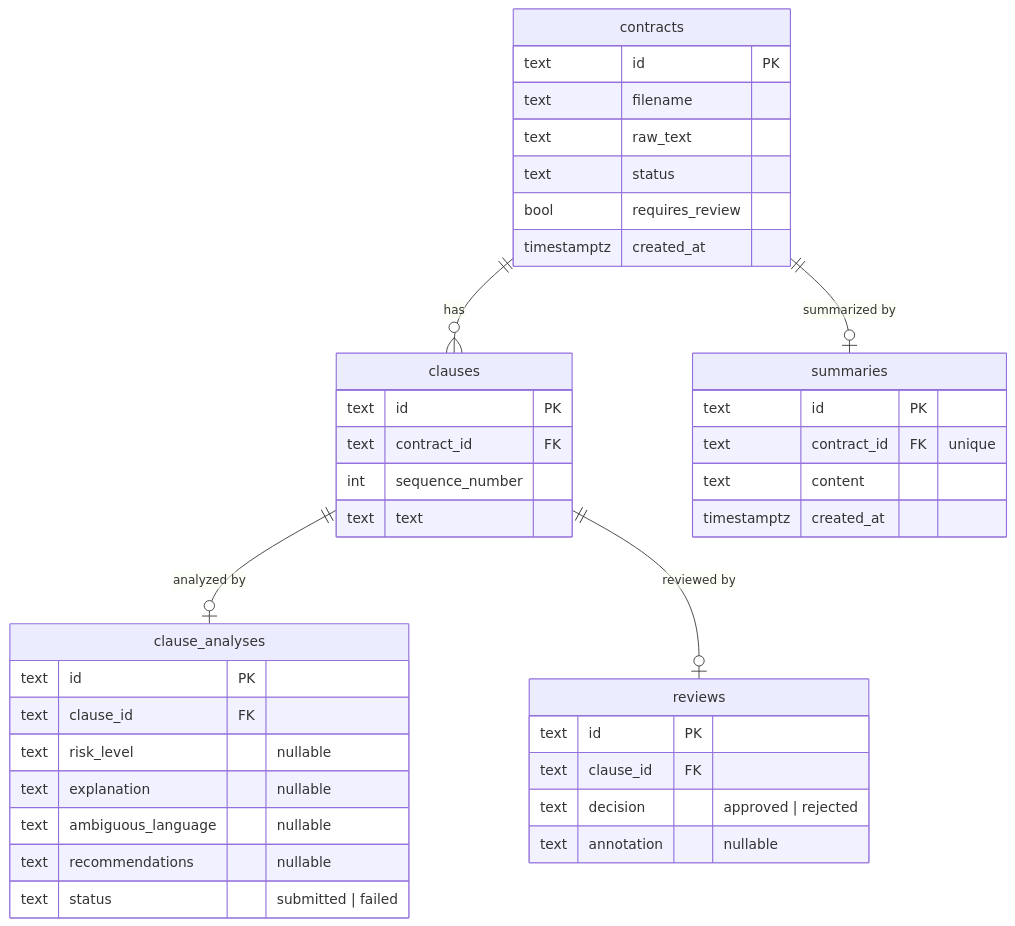
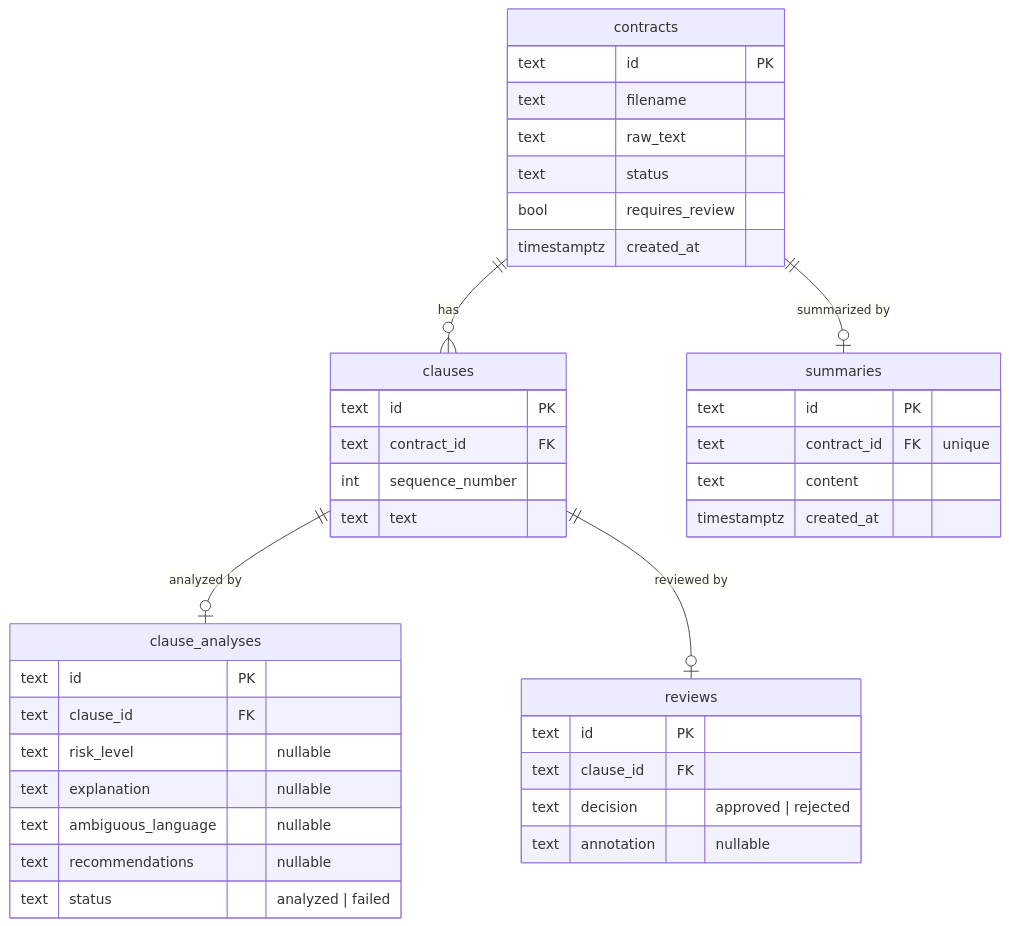
The first of 2 diagrams in README.md (mhihasan/contract-review-ai-agent), drawn with Mermaid before and after one commit. The commit also changed other lines of this file and 1 other file, not shown here.

````diff
--- a/README.md
+++ b/README.md
@@ -174,47 +218,47 @@
 ```mermaid
 erDiagram
     contracts {
         text id PK
         text filename
         text raw_text
         text status
         bool requires_review
         timestamptz created_at
     }
 
     clauses {
         text id PK
         text contract_id FK
         int sequence_number
         text text
     }
 
     clause_analyses {
         text id PK
         text clause_id FK
         text risk_level "nullable"
         text explanation "nullable"
         text ambiguous_language "nullable"
         text recommendations "nullable"
-        text status "submitted | failed"
+        text status "analyzed | failed"
     }
 
     reviews {
         text id PK
         text clause_id FK
         text decision "approved | rejected"
         text annotation "nullable"
     }
 
     summaries {
         text id PK
         text contract_id FK "unique"
         text content
         timestamptz created_at
     }
 
     contracts ||--o{ clauses : "has"
     contracts ||--o| summaries : "summarized by"
     clauses ||--o| clause_analyses : "analyzed by"
     clauses ||--o| reviews : "reviewed by"
 ```
````
